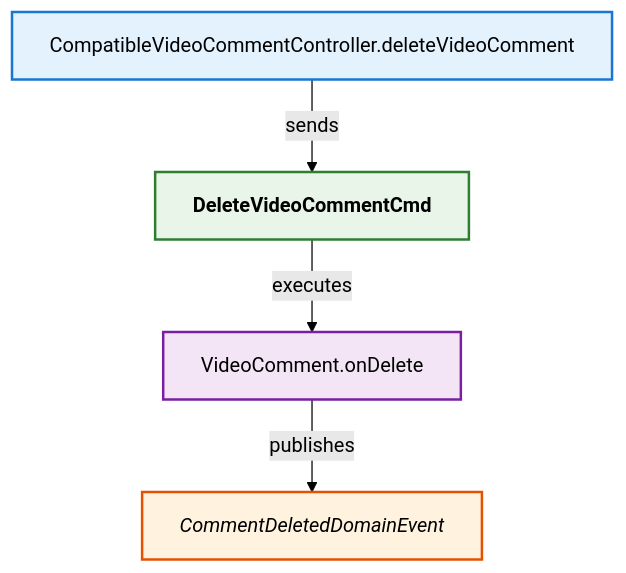
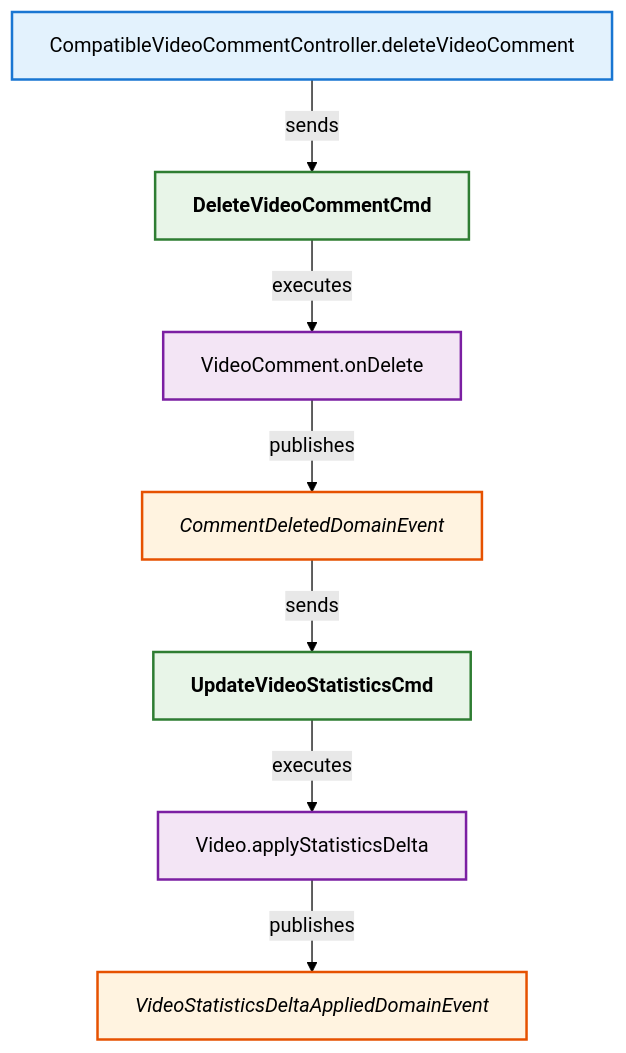
Before and after one commit to LDmoxeii/only-danmuku: the diagram in analysis/CompatibleVideoCommentController_userDelComment.mmd, drawn with Mermaid (forest theme).

Commit message:
feat(danmuku): 用户删除评论后更新视频统计信息- 添加更新视频统计数据的命令(UpdateVideoStatisticsCmd) - 实现视频实体应用统计数据变更的方法(Video.applyStatisticsDelta) - 新增视频统计数据变更应用完成的领域事件(VideoStatisticsDeltaAppliedDomainEvent) - 在评论删除领域事件后发送更新视频统计数据命令 - 执行视频统计数据更新并发布变更完成事件

```diff
--- a/analysis/CompatibleVideoCommentController_userDelComment.mmd
+++ b/analysis/CompatibleVideoCommentController_userDelComment.mmd
@@ -1,34 +1,45 @@
 flowchart TB
 
     N1["CompatibleVideoCommentController.deleteVideoComment"]
     class N1 controllermethod;
 
     C1["DeleteVideoCommentCmd"]
     class C1 command;
     A1["VideoComment.onDelete"]
     class A1 entitymethod;
     E1["CommentDeletedDomainEvent"]
     class E1 domainevent;
 
+    CC1["UpdateVideoStatisticsCmd"]
+    class CC1 command;
+    AV1["Video.applyStatisticsDelta"]
+    class AV1 entitymethod;
+    EV1["VideoStatisticsDeltaAppliedDomainEvent"]
+    class EV1 domainevent;
+
     %% Relationships
     N1 -->|sends| C1
     C1 -->|executes| A1
     A1 -->|publishes| E1
+
+    E1 -->|sends| CC1
+    CC1 -->|executes| AV1
+    AV1 -->|publishes| EV1
 
     %% Styles
     classDef controller fill:#e3f2fd,stroke:#1565c0,stroke-width:2px,font-weight:bold;
     classDef controllermethod fill:#e3f2fd,stroke:#1976d2,stroke-width:2px;
     classDef endpoint fill:#e3f2fd,stroke:#42a5f5,stroke-width:2px;
     classDef commandsender fill:#e3f2fd,stroke:#1565c0,stroke-width:2px,font-style:italic;
     classDef commandsendermethod fill:#e3f2fd,stroke:#1976d2,stroke-width:2px,font-style:italic;
     classDef command fill:#e8f5e8,stroke:#2e7d32,stroke-width:2px,font-weight:bold;
     classDef commandhandler fill:#e8f5e8,stroke:#388e3c,stroke-width:2px,font-weight:bold;
     classDef aggregate fill:#fff8e1,stroke:#ff8f00,stroke-width:3px,font-weight:bold;
     classDef entitymethod fill:#f3e5f5,stroke:#7b1fa2,stroke-width:2px;
     classDef domainevent fill:#fff3e0,stroke:#e65100,stroke-width:2px,font-style:italic;
     classDef domaineventhandler fill:#fff3e0,stroke:#ef6c00,stroke-width:2px,font-weight:bold;
     classDef integrationevent fill:#fce4ec,stroke:#880e4f,stroke-width:2px;
     classDef integrationeventhandler fill:#fce4ec,stroke:#ad1457,stroke-width:2px,font-weight:bold;
     classDef integrationeventconverter fill:#e3f2fd,stroke:#0277bd,stroke-width:2px;
     classDef repo fill:#d6dbdf,stroke:#85929e,stroke-width:2px;
     classDef uow fill:#f2f4f4,stroke:#7f8c8d,stroke-width:2px;
```
